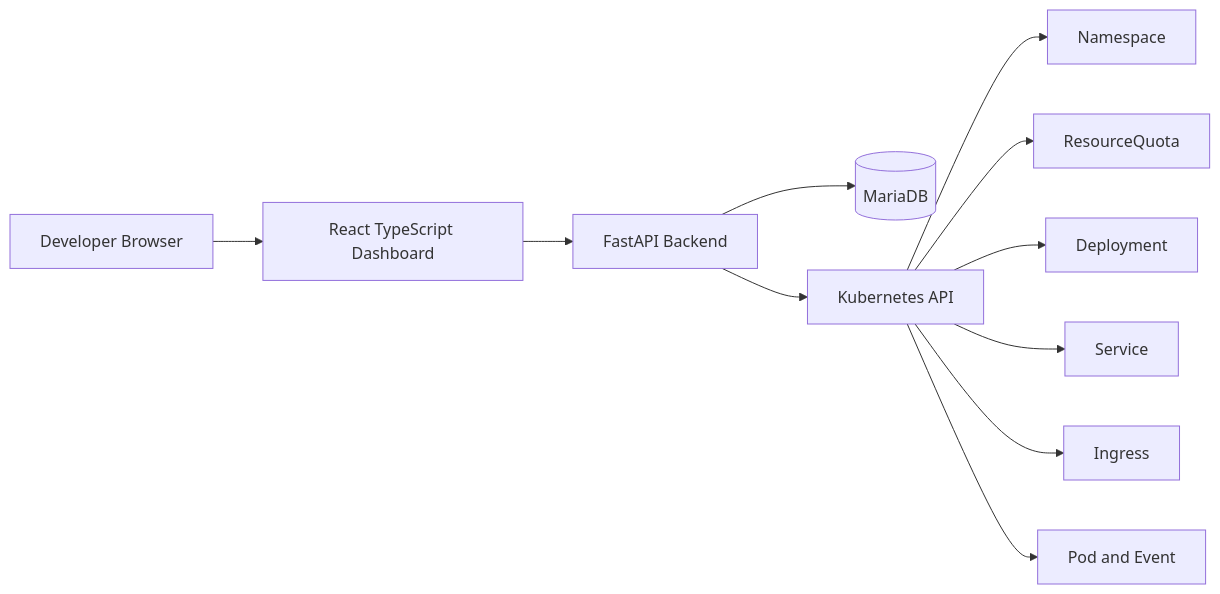
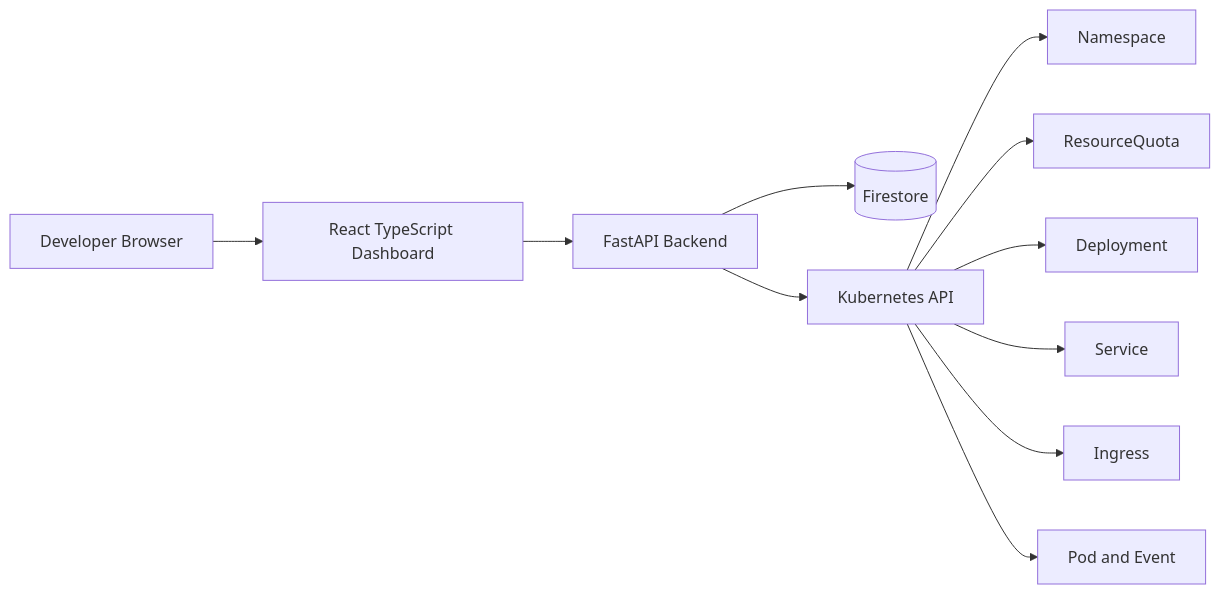
Before and after one commit to La-Coruna/private-cloud-self-service-portal: the diagram in README.md, drawn with Mermaid. The commit also changed other lines of this file and 9 other files, not shown here.

````diff
--- a/README.md
+++ b/README.md
@@ -40,13 +40,13 @@
 ```mermaid
 flowchart LR
   User[Developer Browser] --> React[React TypeScript Dashboard]
   React --> FastAPI[FastAPI Backend]
-  FastAPI --> MariaDB[(MariaDB)]
+  FastAPI --> Firestore[(Firestore)]
   FastAPI --> K8s[Kubernetes API]
   K8s --> NS[Namespace]
   K8s --> RQ[ResourceQuota]
   K8s --> Deploy[Deployment]
   K8s --> Svc[Service]
   K8s --> Ing[Ingress]
   K8s --> Pod[Pod and Event]
 ```
````
